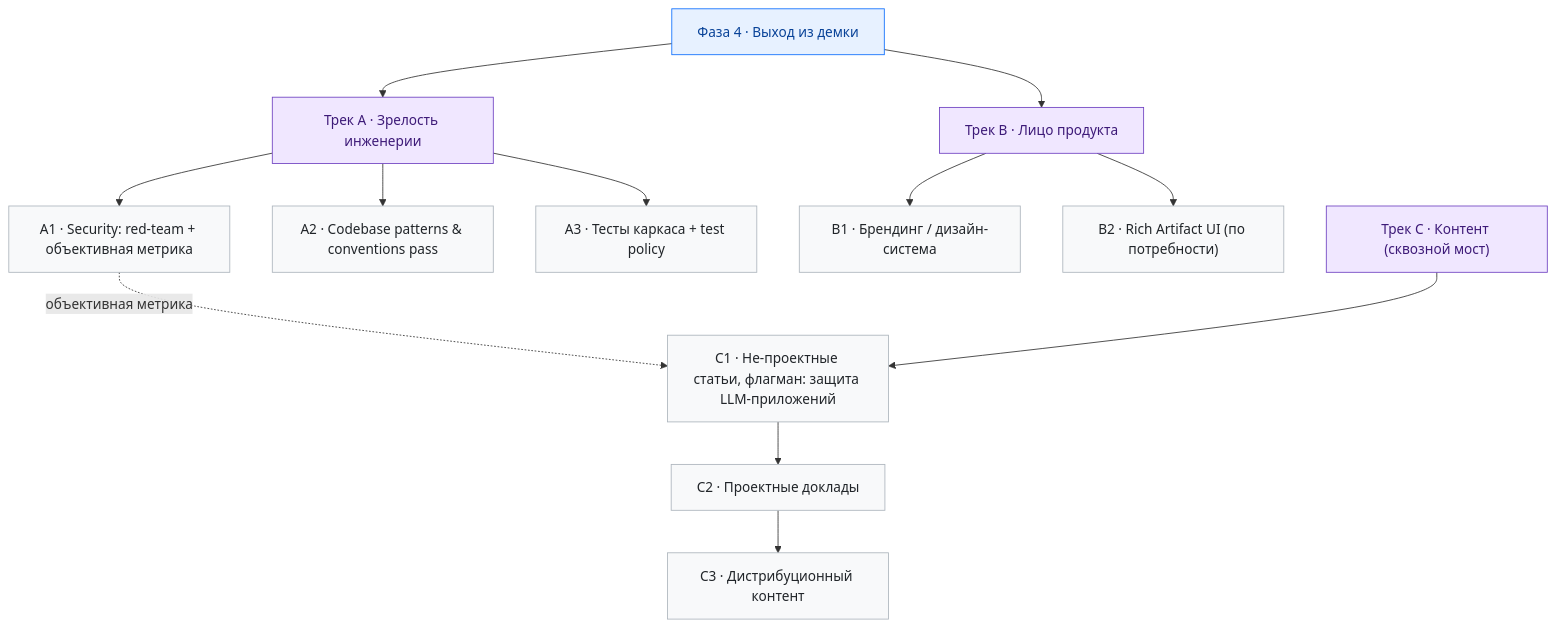
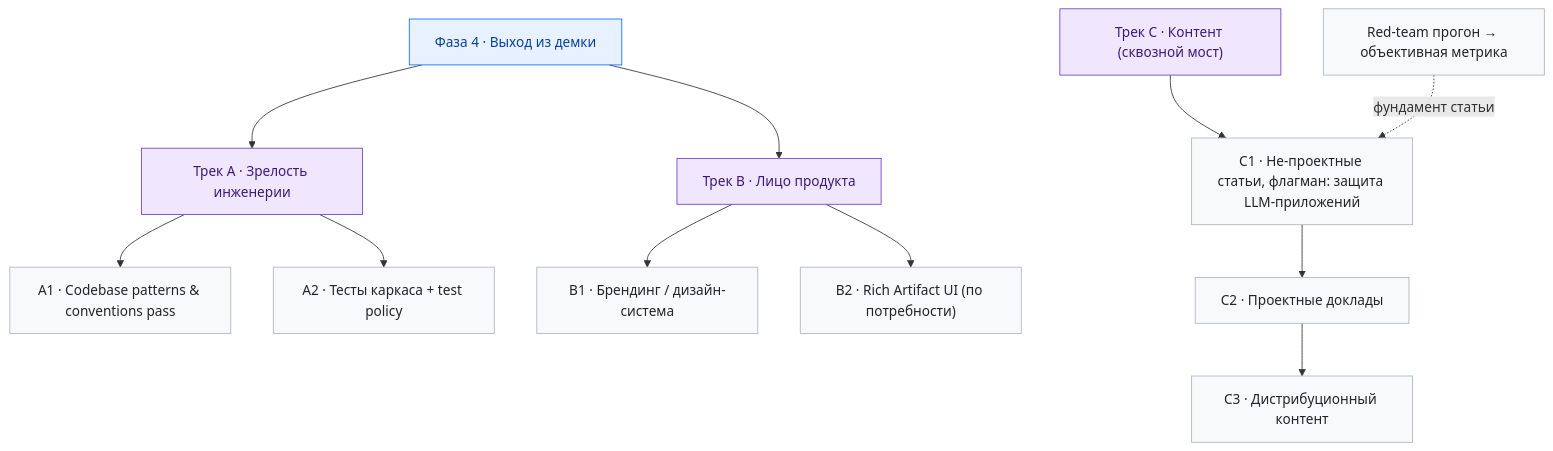
One commit to Bbar0n234/learnflow-ai changed the second of 2 diagrams in doc/product/roadmap.md. Above: the diagram before and after it, drawn with Mermaid. The commit also changed other lines of this file and 2 other files, not shown here.

First line of the commit message:
docs(planning): red-team вне гейтов Фазы 4 + триаж CM-findings

````diff
--- a/doc/product/roadmap.md
+++ b/doc/product/roadmap.md
@@ -99,21 +98,21 @@
 ```mermaid
 flowchart TD
     classDef phase fill:#e7f1ff,stroke:#0d6efd,color:#084298
     classDef track fill:#f0e7ff,stroke:#6f42c1,color:#3d1a78
     classDef item fill:#f8f9fa,stroke:#adb5bd,color:#212529
 
     P4["Фаза 4 · Выход из демки"]:::phase
     P4 --> TA["Трек A · Зрелость инженерии"]:::track
     P4 --> TB["Трек B · Лицо продукта"]:::track
-    TA --> A1["A1 · Security: red-team + объективная метрика"]:::item
-    TA --> A2["A2 · Codebase patterns & conventions pass"]:::item
-    TA --> A3["A3 · Тесты каркаса + test policy"]:::item
+    TA --> A1["A1 · Codebase patterns & conventions pass"]:::item
+    TA --> A2["A2 · Тесты каркаса + test policy"]:::item
     TB --> B1["B1 · Брендинг / дизайн-система"]:::item
     TB --> B2["B2 · Rich Artifact UI (по потребности)"]:::item
 
     TC["Трек C · Контент (сквозной мост)"]:::track
     TC --> C1["C1 · Не-проектные статьи, флагман: защита LLM-приложений"]:::item
     C1 --> C2["C2 · Проектные доклады"]:::item
     C2 --> C3["C3 · Дистрибуционный контент"]:::item
-    A1 -.->|объективная метрика| C1
+    RT["Red-team прогон → объективная метрика"]:::item
+    RT -.->|фундамент статьи| C1
 ```
````
